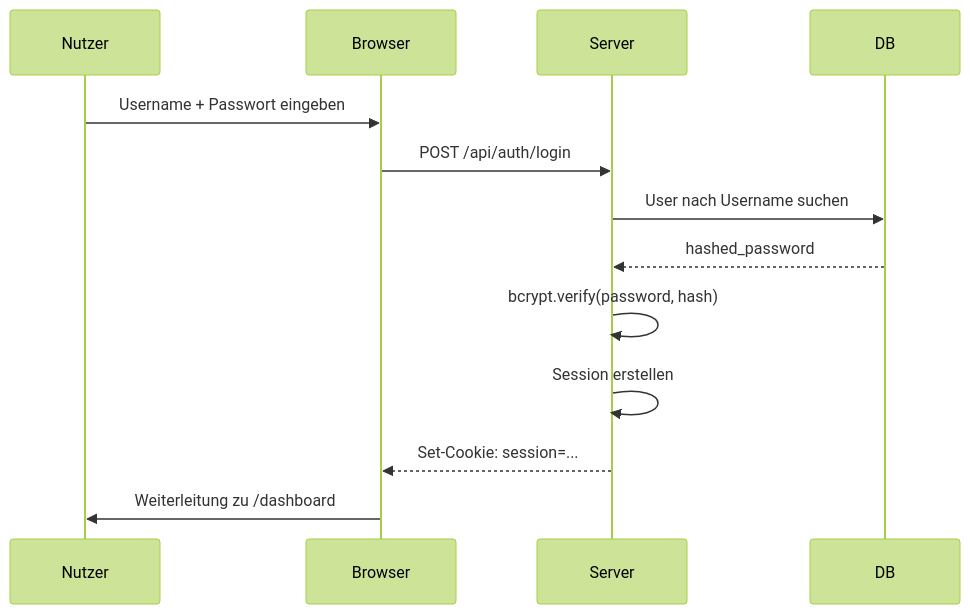
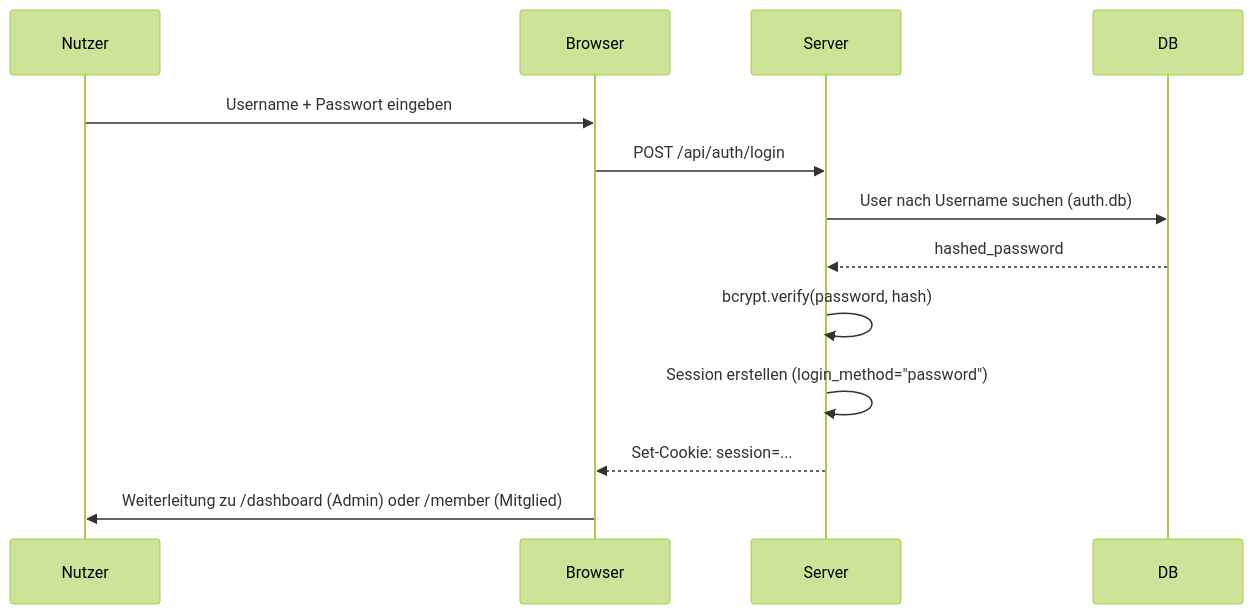
The first of 2 diagrams in docs/14-authentication.de.md (AlexErlewein/MakerPi_GroundControl), drawn with Mermaid (forest theme) before and after one commit. The commit also changed other lines of this file and 25 other files, not shown here.

````diff
--- a/docs/14-authentication.de.md
+++ b/docs/14-authentication.de.md
@@ -14,16 +15,16 @@
 ```mermaid
 sequenceDiagram
     participant Nutzer
     participant Browser
     participant Server
     participant DB
 
     Nutzer->>Browser: Username + Passwort eingeben
     Browser->>Server: POST /api/auth/login
-    Server->>DB: User nach Username suchen
+    Server->>DB: User nach Username suchen (auth.db)
     DB-->>Server: hashed_password
     Server->>Server: bcrypt.verify(password, hash)
-    Server->>Server: Session erstellen
+    Server->>Server: Session erstellen (login_method="password")
     Server-->>Browser: Set-Cookie: session=...
-    Browser->>Nutzer: Weiterleitung zu /dashboard
+    Browser->>Nutzer: Weiterleitung zu /dashboard (Admin) oder /member (Mitglied)
 ```
````
